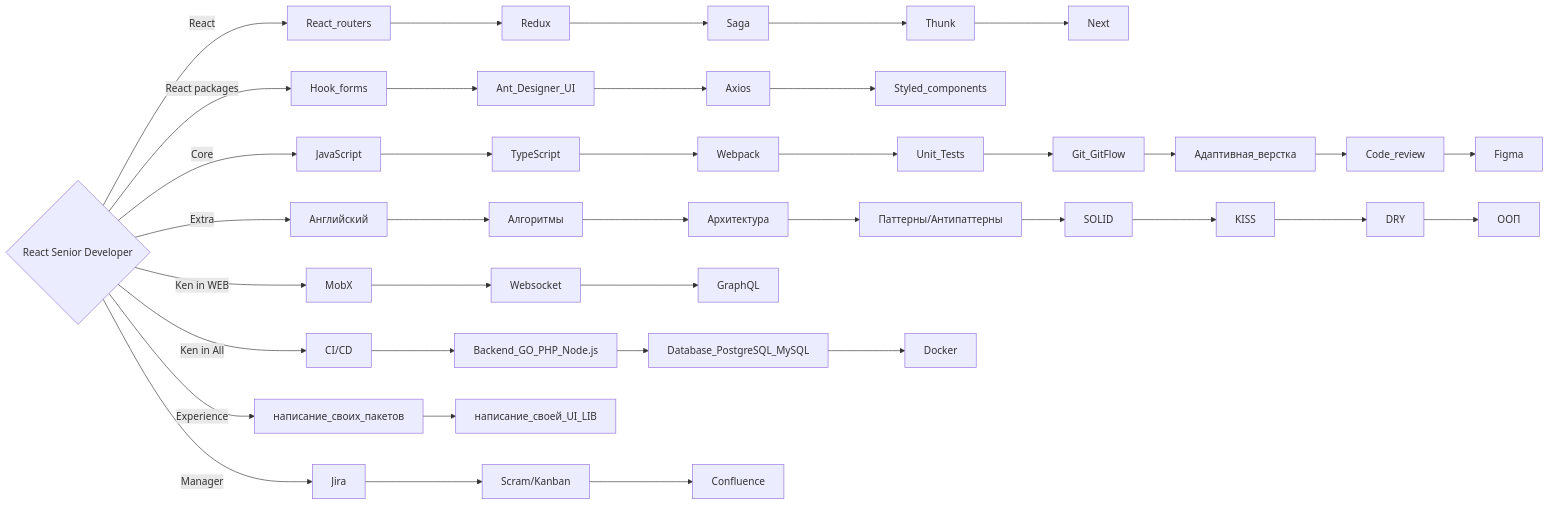
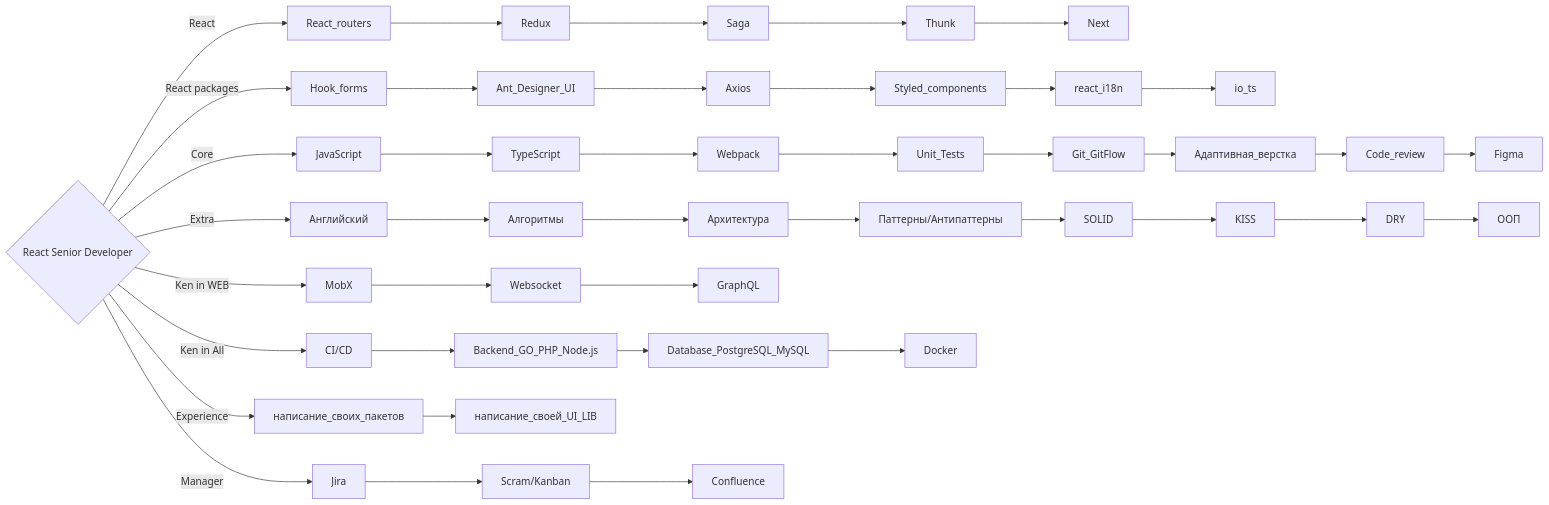
Before and after one commit to cossack-don/react-help: the diagram in README.md, drawn with Mermaid. The commit also changed other lines of this file, not shown here.

````diff
--- a/README.md
+++ b/README.md
@@ -10,15 +7,15 @@
 ```mermaid
 
    flowchart LR
     
      C{React Senior Developer}
     C -->|React| D[React_routers] --> Redux --> Saga --> Thunk --> Next
-    C -->|React packages| X[Hook_forms] --> Ant_Designer_UI --> Axios --> Styled_components
+    C -->|React packages| X[Hook_forms] --> Ant_Designer_UI --> Axios --> Styled_components --> react_i18n --> io_ts
     C -->|Core| E[JavaScript] --> TypeScript --> Webpack --> Unit_Tests --> Git_GitFlow --> Адаптивная_верстка --> Code_review --> Figma
     C -->|Extra| G[Английский] --> Алгоритмы --> Архитектура --> Паттерны/Антипаттерны --> SOLID --> KISS --> DRY --> ООП
     C -->|Ken in WEB| W[MobX] --> Websocket --> GraphQL
     C -->|Ken in All| Z[CI/CD] --> Backend_GO_PHP_Node.js --> Database_PostgreSQL_MySQL --> Docker
     C -->|Experience| J[написание_своих_пакетов] --> написание_своей_UI_LIB
     C -->|Manager| Q[Jira] --> Scram/Kanban --> Confluence
     
 ```
````
